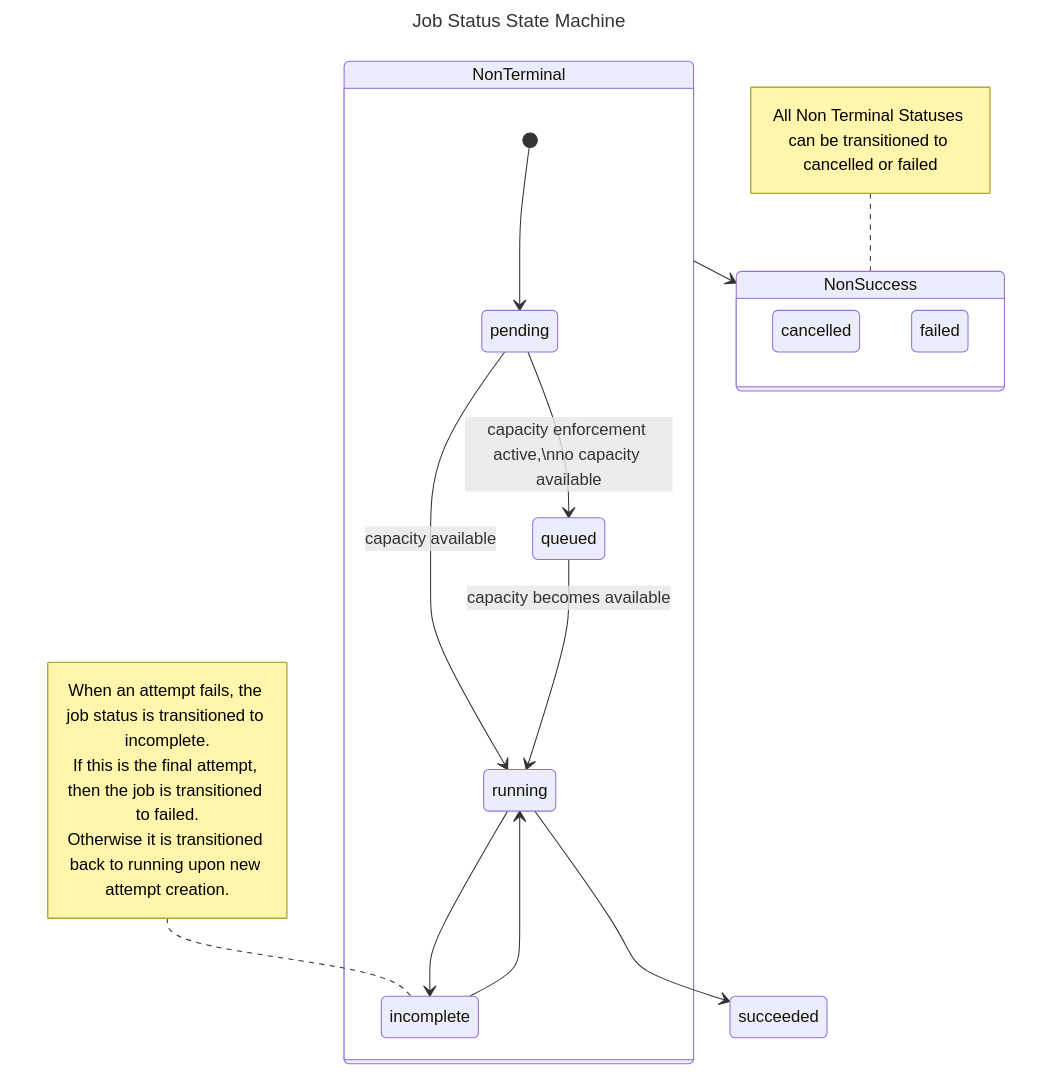
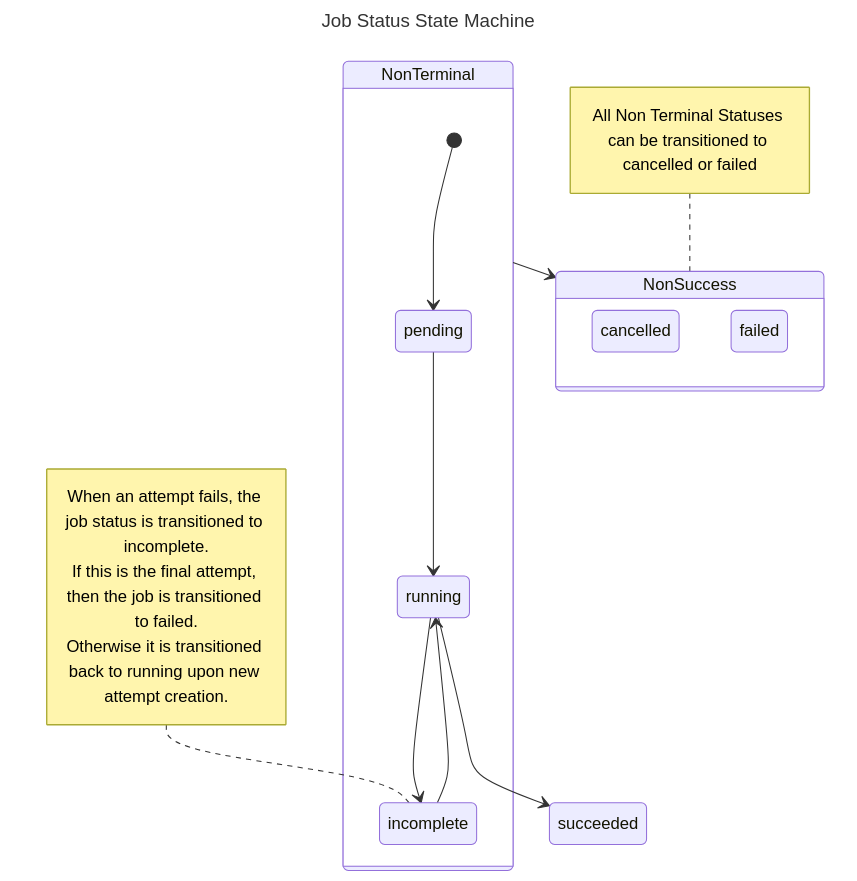
One commit to Bainbridge-Growth/airbyte changed the first of 2 diagrams in docs/platform/understanding-airbyte/jobs.md. Above: the diagram before and after it, drawn with Mermaid. The commit also changed other lines of this file and 10555 other files, not shown here.

````diff
--- a/docs/platform/understanding-airbyte/jobs.md
+++ b/docs/platform/understanding-airbyte/jobs.md
@@ -78,35 +78,32 @@
 ```mermaid
 ---
 title: Job Status State Machine
 ---
 stateDiagram-v2
 direction TB
 state NonTerminal {
     [*] --> pending
     pending
-    queued
     running
     incomplete
     note left of incomplete
         When an attempt fails, the job status is transitioned to incomplete.
         If this is the final attempt, then the job is transitioned to failed.
         Otherwise it is transitioned back to running upon new attempt creation.
 
     end note
 }
 note left of NonSuccess
     All Non Terminal Statuses can be transitioned to cancelled or failed
 end note
 
-pending --> queued : capacity enforcement active,\nno capacity available
-pending --> running : capacity available
-queued --> running : capacity becomes available
+pending --> running
 running --> incomplete
 incomplete --> running
 running --> succeeded
 state NonSuccess {
     cancelled
     failed
 }
 NonTerminal --> NonSuccess
 ```
````
